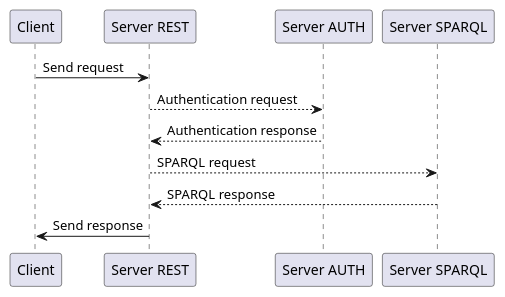
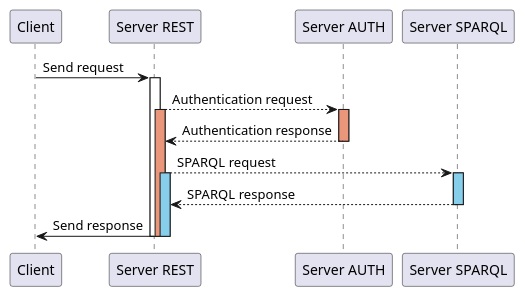
The diagram in docs/sequence.puml (pirati-cz/gapi), drawn with PlantUML before and after one commit. The commit also changed 2 other files, not shown here.

Commit message:
README + docs graphs

```diff
--- a/docs/sequence.puml
+++ b/docs/sequence.puml
@@ -1,13 +1,23 @@
 @startuml
 
 Client -> "Server REST": Send request
 
+activate "Server REST"
 "Server REST" --> "Server AUTH": Authentication request
+activate "Server REST" #DarkSalmon
+activate "Server AUTH" #DarkSalmon
 "Server REST" <-- "Server AUTH": Authentication response
+deactivate "Server AUTH"
 
 "Server REST" --> "Server SPARQL": SPARQL request
+activate "Server SPARQL" #skyblue
+activate "Server REST" #skyblue
 "Server REST" <-- "Server SPARQL": SPARQL response
+deactivate "Server SPARQL"
 
 Client <- "Server REST": Send response
+deactivate "Server REST"
+deactivate "Server REST"
+deactivate "Server REST"
 
 @enduml
```
